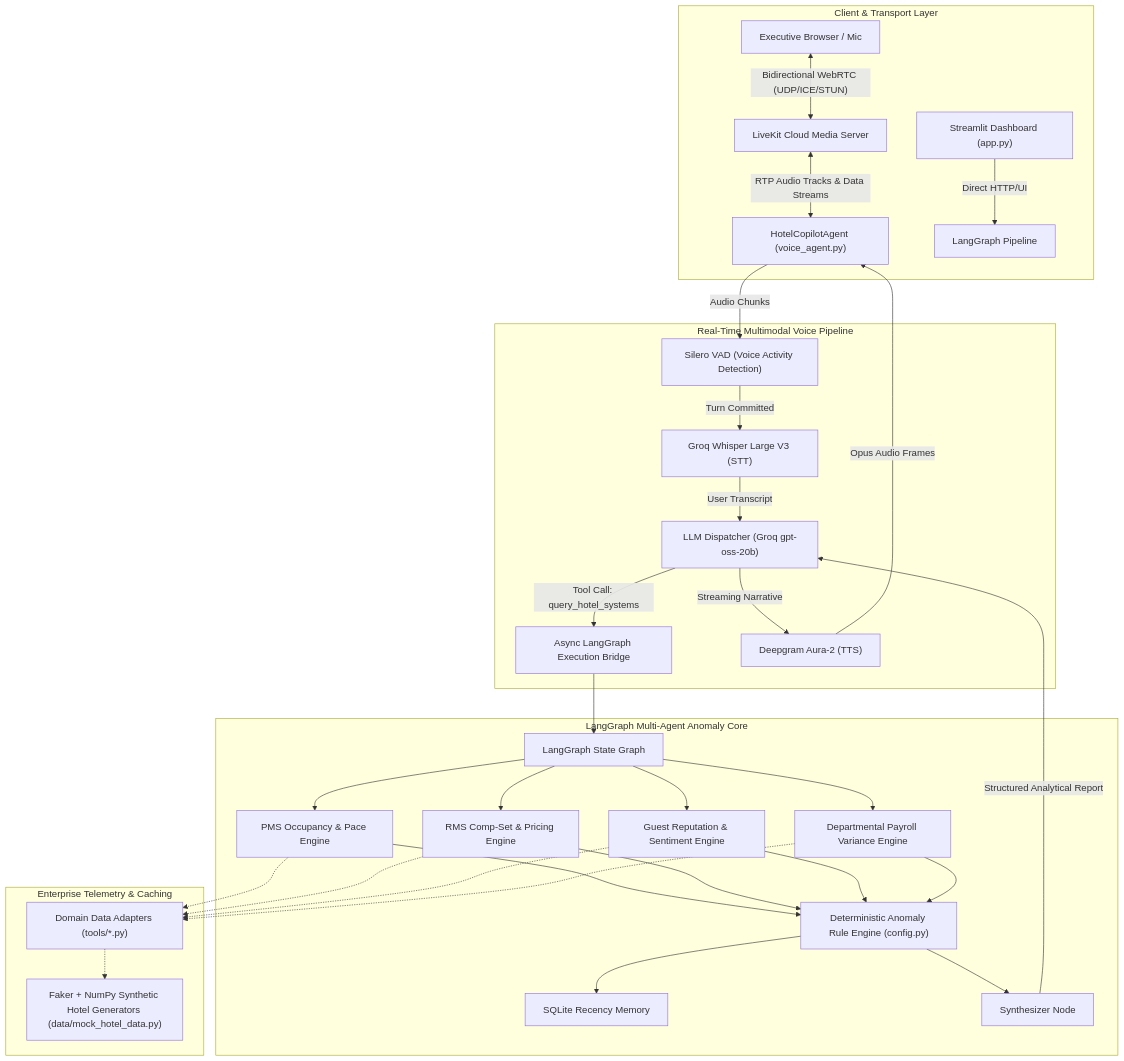
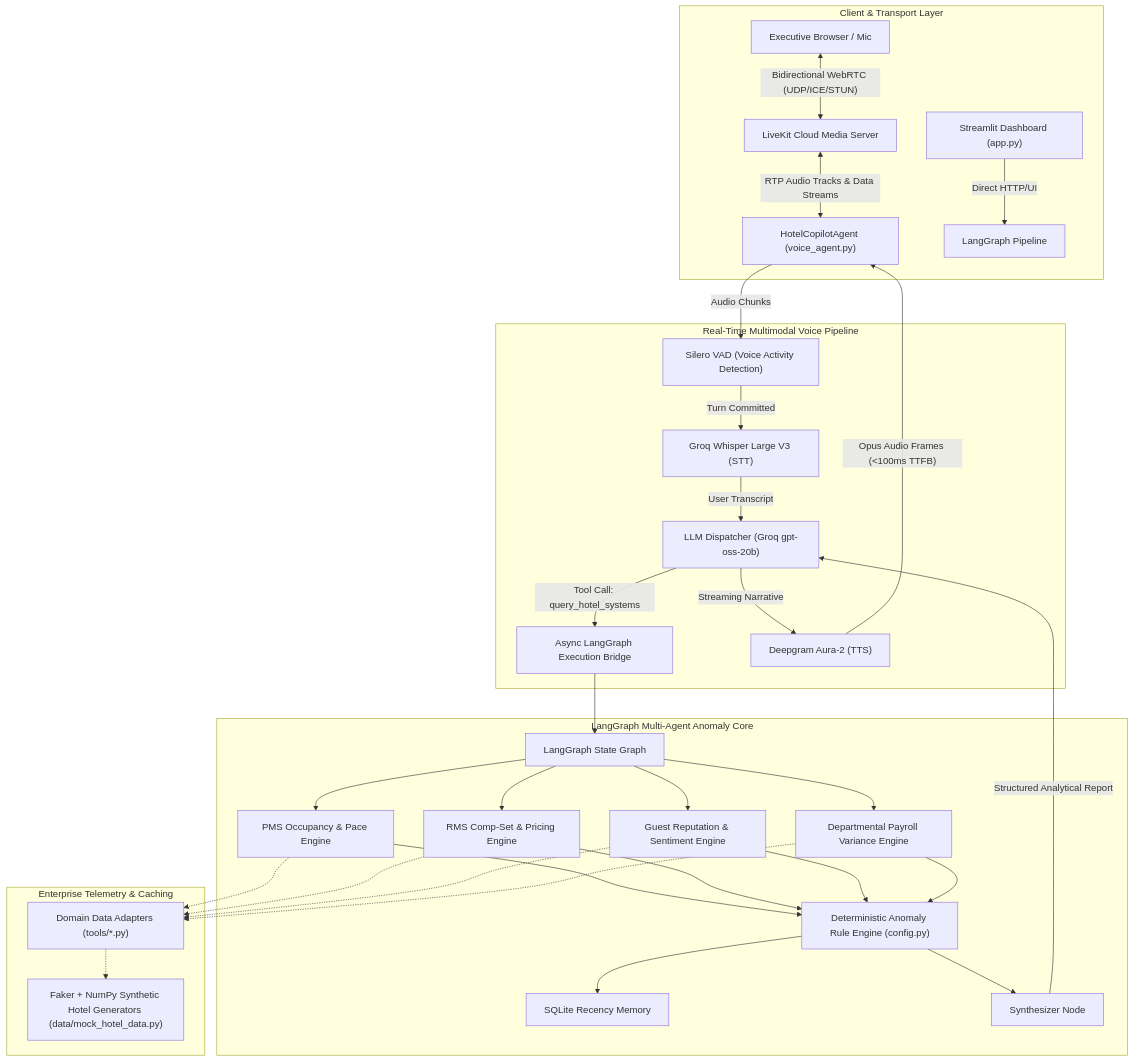
The diagram in README.md (SESHANKCH7171/hotel-gm-system-3.0), drawn with Mermaid before and after one commit. The commit also changed other lines of this file, not shown here.

````diff
--- a/README.md
+++ b/README.md
@@ -32,35 +100,35 @@
 ```mermaid
 flowchart TD
     subgraph Client_Layer ["Client & Transport Layer"]
         A["Executive Browser / Mic"] <-->|"Bidirectional WebRTC (UDP/ICE/STUN)"| B["LiveKit Cloud Media Server"]
         B <-->|"RTP Audio Tracks & Data Streams"| C["HotelCopilotAgent (voice_agent.py)"]
         D["Streamlit Dashboard (app.py)"] -->|"Direct HTTP/UI"| E["LangGraph Pipeline"]
     end
 
     subgraph Audio_Pipeline ["Real-Time Multimodal Voice Pipeline"]
         C -->|"Audio Chunks"| F["Silero VAD (Voice Activity Detection)"]
         F -->|"Turn Committed"| G["Groq Whisper Large V3 (STT)"]
         G -->|"User Transcript"| H["LLM Dispatcher (Groq gpt-oss-20b)"]
         H -->|"Tool Call: query_hotel_systems"| I["Async LangGraph Execution Bridge"]
-        J["Deepgram Aura-2 (TTS)"] -->|"Opus Audio Frames"| C
+        J["Deepgram Aura-2 (TTS)"] -->|"Opus Audio Frames (<100ms TTFB)"| C
     end
 
     subgraph Agentic_Core ["LangGraph Multi-Agent Anomaly Core"]
         I --> K["LangGraph State Graph"]
         K --> L["PMS Occupancy & Pace Engine"]
         K --> M["RMS Comp-Set & Pricing Engine"]
         K --> N["Guest Reputation & Sentiment Engine"]
         K --> O["Departmental Payroll Variance Engine"]
         
         L & M & N & O --> P["Deterministic Anomaly Rule Engine (config.py)"]
         P --> Q["SQLite Recency Memory"]
         P --> R["Synthesizer Node"]
         R -->|"Structured Analytical Report"| H
         H -->|"Streaming Narrative"| J
     end
 
     subgraph Data_Layer ["Enterprise Telemetry & Caching"]
         L & M & N & O -.-> S["Domain Data Adapters (tools/*.py)"]
         S -.-> T["Faker + NumPy Synthetic Hotel Generators (data/mock_hotel_data.py)"]
     end
 ```
````
